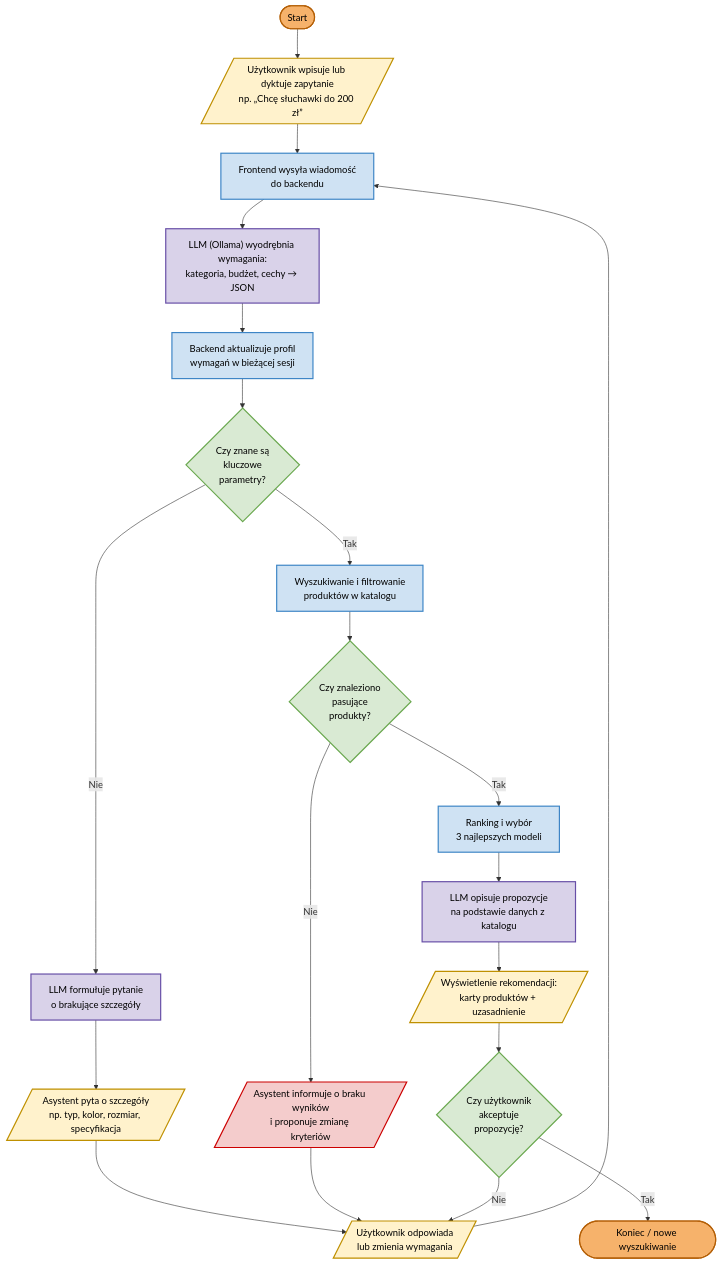
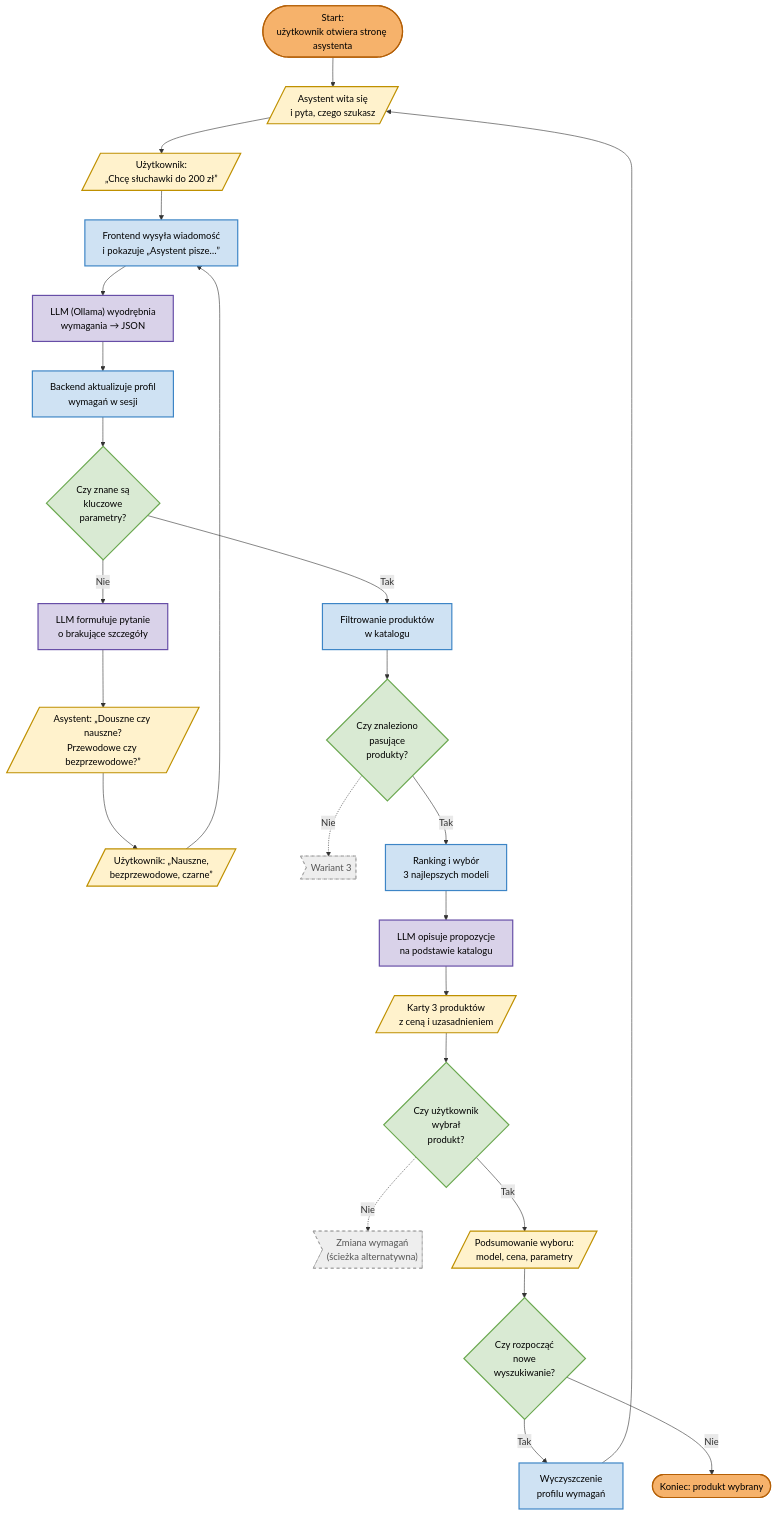
One commit to Beloiswhite/asystent-zakupowy changed the second of 5 diagrams in README.md. Above: the diagram before and after it, drawn with Mermaid. The commit also changed other lines of this file and 10 other files, not shown here.

Commit message:
Rozbuduj schemat o obsługę błędów i cztery warianty przebiegu

````diff
--- a/README.md
+++ b/README.md
@@ -16,43 +167,50 @@
 ```mermaid
 flowchart TD
-    START(["Start"])
-    Q1[/"Użytkownik wpisuje lub dyktuje zapytanie<br/>np. „Chcę słuchawki do 200 zł”"/]
-    SEND["Frontend wysyła wiadomość<br/>do backendu"]
-    EXTRACT["LLM (Ollama) wyodrębnia wymagania:<br/>kategoria, budżet, cechy → JSON"]
-    UPDATE["Backend aktualizuje profil<br/>wymagań w bieżącej sesji"]
+    START(["Start:<br/>użytkownik otwiera stronę asystenta"])
+    GREET[/"Asystent wita się<br/>i pyta, czego szukasz"/]
+    IN1[/"Użytkownik:<br/>„Chcę słuchawki do 200 zł”"/]
+    SEND["Frontend wysyła wiadomość<br/>i pokazuje „Asystent pisze…”"]
+    LLM["LLM (Ollama) wyodrębnia<br/>wymagania → JSON"]
+    UPD["Backend aktualizuje profil<br/>wymagań w sesji"]
     D1{"Czy znane są<br/>kluczowe<br/>parametry?"}
     ASK["LLM formułuje pytanie<br/>o brakujące szczegóły"]
-    OUTQ[/"Asystent pyta o szczegóły<br/>np. typ, kolor, rozmiar, specyfikacja"/]
-    ANSWER[/"Użytkownik odpowiada<br/>lub zmienia wymagania"/]
-    SEARCH["Wyszukiwanie i filtrowanie<br/>produktów w katalogu"]
+    OUTQ[/"Asystent: „Douszne czy nauszne?<br/>Przewodowe czy bezprzewodowe?”"/]
+    IN2[/"Użytkownik: „Nauszne,<br/>bezprzewodowe, czarne”"/]
+    SEARCH["Filtrowanie produktów<br/>w katalogu"]
     D2{"Czy znaleziono<br/>pasujące<br/>produkty?"}
-    NORES[/"Asystent informuje o braku wyników<br/>i proponuje zmianę kryteriów"/]
+    W3>"Wariant 3"]
     RANK["Ranking i wybór<br/>3 najlepszych modeli"]
-    DESC["LLM opisuje propozycje<br/>na podstawie danych z katalogu"]
-    SHOW[/"Wyświetlenie rekomendacji:<br/>karty produktów + uzasadnienie"/]
-    D3{"Czy użytkownik<br/>akceptuje<br/>propozycję?"}
-    KONIEC(["Koniec / nowe wyszukiwanie"])
+    DESC["LLM opisuje propozycje<br/>na podstawie katalogu"]
+    SHOW[/"Karty 3 produktów<br/>z ceną i uzasadnieniem"/]
+    D3{"Czy użytkownik<br/>wybrał<br/>produkt?"}
+    ALT>"Zmiana wymagań<br/>(ścieżka alternatywna)"]
+    SUM[/"Podsumowanie wyboru:<br/>model, cena, parametry"/]
+    D4{"Czy rozpocząć<br/>nowe<br/>wyszukiwanie?"}
+    RESET["Wyczyszczenie<br/>profilu wymagań"]
+    KOK(["Koniec: produkt wybrany"])
 
-    START --> Q1 --> SEND --> EXTRACT --> UPDATE --> D1
-    D1 -- Nie --> ASK --> OUTQ --> ANSWER
-    ANSWER --> SEND
+    START --> GREET --> IN1 --> SEND --> LLM --> UPD --> D1
+    D1 -- Nie --> ASK --> OUTQ --> IN2 --> SEND
     D1 -- Tak --> SEARCH --> D2
-    D2 -- Nie --> NORES --> ANSWER
+    D2 -. Nie .-> W3
     D2 -- Tak --> RANK --> DESC --> SHOW --> D3
-    D3 -- Nie --> ANSWER
-    D3 -- Tak --> KONIEC
+    D3 -. Nie .-> ALT
+    D3 -- Tak --> SUM --> D4
+    D4 -- Tak --> RESET --> GREET
+    D4 -- Nie --> KOK
 
     classDef term fill:#F6B26B,stroke:#B45F06,stroke-width:2px,color:#000
     classDef proc fill:#CFE2F3,stroke:#3D85C6,stroke-width:2px,color:#000
     classDef llm fill:#D9D2E9,stroke:#674EA7,stroke-width:2px,color:#000
     classDef io fill:#FFF2CC,stroke:#BF9000,stroke-width:2px,color:#000
     classDef dec fill:#D9EAD3,stroke:#6AA84F,stroke-width:2px,color:#000
     classDef err fill:#F4CCCC,stroke:#CC0000,stroke-width:2px,color:#000
+    classDef ref fill:#EEEEEE,stroke:#999999,stroke-width:1px,stroke-dasharray:5 5,color:#555
 
-    class START,KONIEC term
-    class SEND,UPDATE,SEARCH,RANK proc
-    class EXTRACT,ASK,DESC llm
-    class Q1,OUTQ,ANSWER,SHOW io
-    class D1,D2,D3 dec
-    class NORES err
+    class START,KOK term
+    class SEND,UPD,SEARCH,RANK,RESET proc
+    class LLM,ASK,DESC llm
+    class GREET,IN1,OUTQ,IN2,SHOW,SUM io
+    class D1,D2,D3,D4 dec
+    class W3,ALT ref
 ```
````
